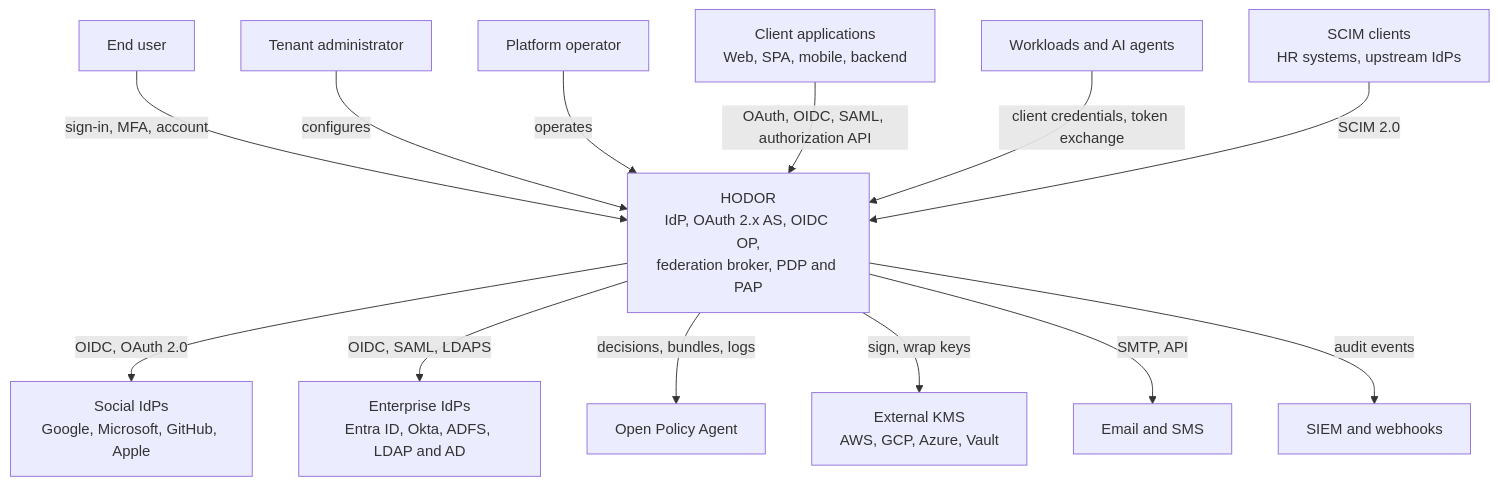
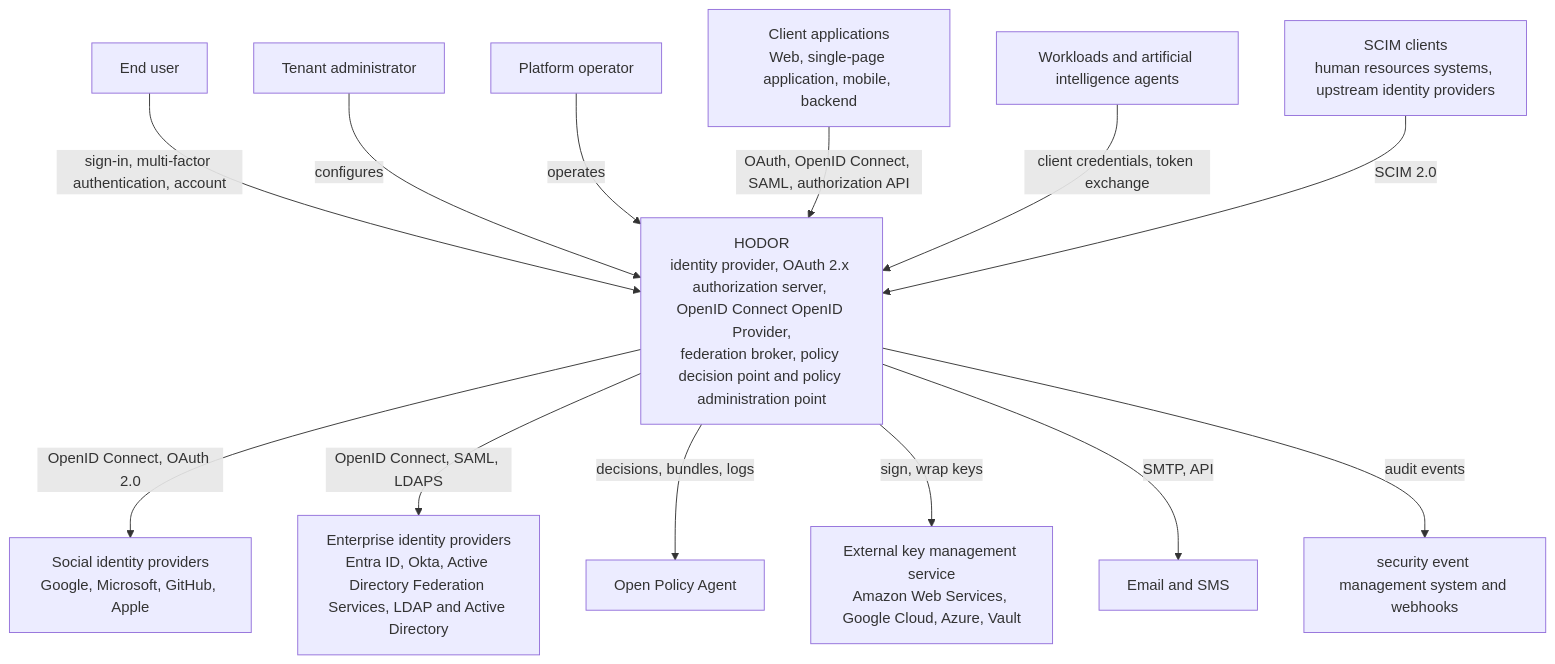
The first of 5 diagrams in docs/architecture/overview.md (ortisun/hodor), drawn with Mermaid before and after one commit. The commit also changed other lines of this file and 48 other files, not shown here.

````diff
--- a/docs/architecture/overview.md
+++ b/docs/architecture/overview.md
@@ -26,32 +26,32 @@
 ```mermaid
 flowchart TB
     user["End user"]
     admin["Tenant administrator"]
     operator["Platform operator"]
-    app["Client applications<br/>Web, SPA, mobile, backend"]
-    workload["Workloads and AI agents"]
+    app["Client applications<br/>Web, single-page application, mobile, backend"]
+    workload["Workloads and artificial intelligence agents"]
 
-    hodor["HODOR<br/>IdP, OAuth 2.x AS, OIDC OP,<br/>federation broker, PDP and PAP"]
+    hodor["HODOR<br/>identity provider, OAuth 2.x authorization server, OpenID Connect OpenID Provider,<br/>federation broker, policy decision point and policy administration point"]
 
-    social["Social IdPs<br/>Google, Microsoft, GitHub, Apple"]
-    enterprise["Enterprise IdPs<br/>Entra ID, Okta, ADFS, LDAP and AD"]
+    social["Social identity providers<br/>Google, Microsoft, GitHub, Apple"]
+    enterprise["Enterprise identity providers<br/>Entra ID, Okta, Active Directory Federation Services, LDAP and Active Directory"]
     opa["Open Policy Agent"]
-    kms["External KMS<br/>AWS, GCP, Azure, Vault"]
+    kms["External key management service<br/>Amazon Web Services, Google Cloud, Azure, Vault"]
     notify["Email and SMS"]
-    siem["SIEM and webhooks"]
-    scim["SCIM clients<br/>HR systems, upstream IdPs"]
+    siem["security event management system and webhooks"]
+    scim["SCIM clients<br/>human resources systems, upstream identity providers"]
 
-    user -->|"sign-in, MFA, account"| hodor
+    user -->|"sign-in, multi-factor authentication, account"| hodor
     admin -->|"configures"| hodor
     operator -->|"operates"| hodor
-    app -->|"OAuth, OIDC, SAML, authorization API"| hodor
+    app -->|"OAuth, OpenID Connect, SAML, authorization API"| hodor
     workload -->|"client credentials, token exchange"| hodor
     scim -->|"SCIM 2.0"| hodor
 
-    hodor -->|"OIDC, OAuth 2.0"| social
-    hodor -->|"OIDC, SAML, LDAPS"| enterprise
+    hodor -->|"OpenID Connect, OAuth 2.0"| social
+    hodor -->|"OpenID Connect, SAML, LDAPS"| enterprise
     hodor -->|"decisions, bundles, logs"| opa
     hodor -->|"sign, wrap keys"| kms
     hodor -->|"SMTP, API"| notify
     hodor -->|"audit events"| siem
 ```
````
